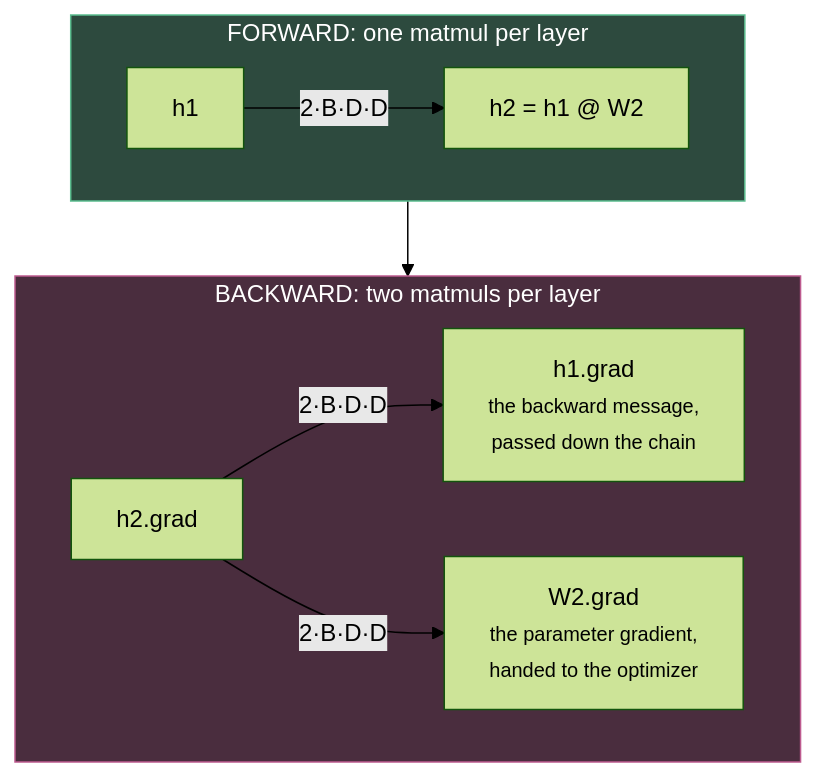
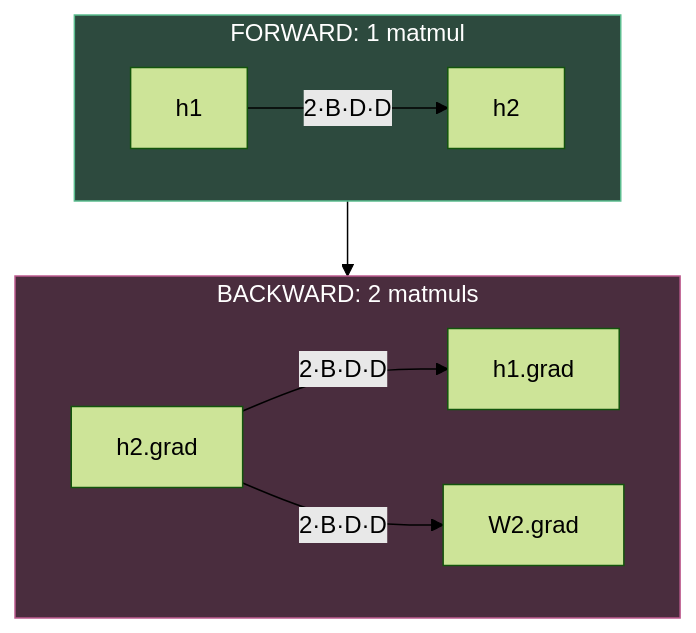
Before and after one commit to yaojiejia/mynotes: the fifth of 6 diagrams in mynotes/cs336/2. Resource Accounting.md, drawn with Mermaid (forest theme). The commit also changed other lines of this file and 8 other files, not shown here.

````diff
--- a/mynotes/cs336/2. Resource Accounting.md
+++ b/mynotes/cs336/2. Resource Accounting.md
@@ -398,16 +331,16 @@
 ```mermaid
 flowchart TB
-    subgraph F ["FORWARD: one matmul per layer"]
+    subgraph F ["FORWARD: 1 matmul"]
         direction LR
-        h1["h1"] -->|"2·B·D·D"| h2["h2 = h1 @ W2"]
+        h1["h1"] -->|"2·B·D·D"| h2["h2"]
     end
-    subgraph B ["BACKWARD: two matmuls per layer"]
+    subgraph B ["BACKWARD: 2 matmuls"]
         direction LR
-        g["h2.grad"] -->|"2·B·D·D"| gh["h1.grad<br/><small>the backward message,<br/>passed down the chain</small>"]
-        g -->|"2·B·D·D"| gw["W2.grad<br/><small>the parameter gradient,<br/>handed to the optimizer</small>"]
+        g["h2.grad"] -->|"2·B·D·D"| gh["h1.grad"]
+        g -->|"2·B·D·D"| gw["W2.grad"]
     end
     F --> B
 
     style F fill:#2d4a3e,stroke:#5bbd8f,color:#fff
     style B fill:#4a2d3e,stroke:#bd5b8f,color:#fff
 ```
````
